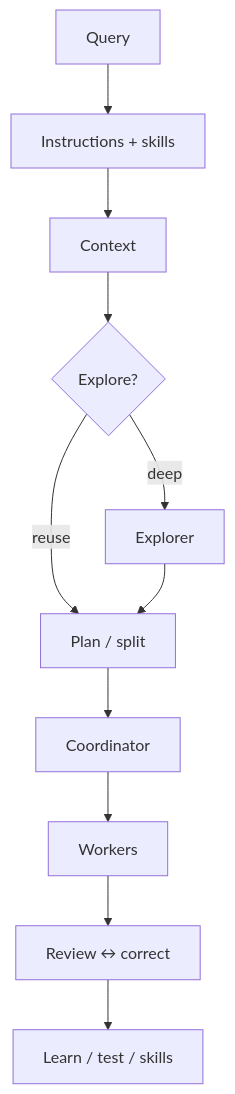
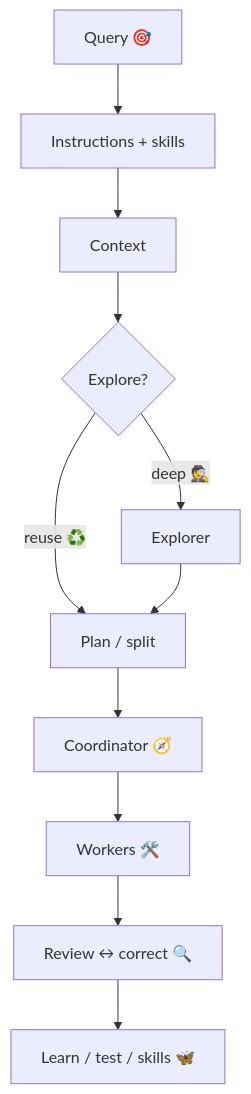
One commit to UnicoLab/smlcode changed the diagram in docs/guide.md. Above: the diagram before and after it, drawn with Mermaid. The commit also changed other lines of this file and 21 other files, not shown here.

````diff
--- a/docs/guide.md
+++ b/docs/guide.md
@@ -37,12 +44,12 @@
 ```mermaid
 flowchart TD
-  Q[Query] --> I[Instructions + skills]
+  Q[Query 🎯] --> I[Instructions + skills]
   I --> C[Context]
   C --> E{Explore?}
-  E -->|reuse| P[Plan / split]
-  E -->|deep| X[Explorer] --> P
-  P --> Coord[Coordinator]
-  Coord --> W[Workers]
-  W --> R[Review ↔ correct]
-  R --> L[Learn / test / skills]
+  E -->|reuse ♻️| P[Plan / split]
+  E -->|deep 🕵️| X[Explorer] --> P
+  P --> Coord[Coordinator 🧭]
+  Coord --> W[Workers 🛠️]
+  W --> R[Review ↔ correct 🔍]
+  R --> L[Learn / test / skills 🦋]
 ```
````
